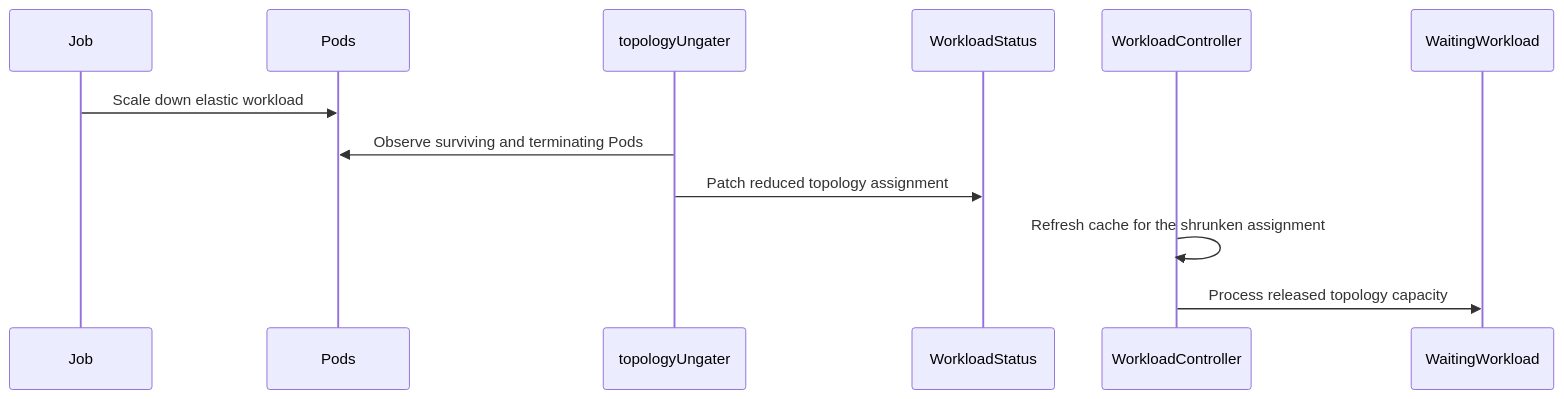
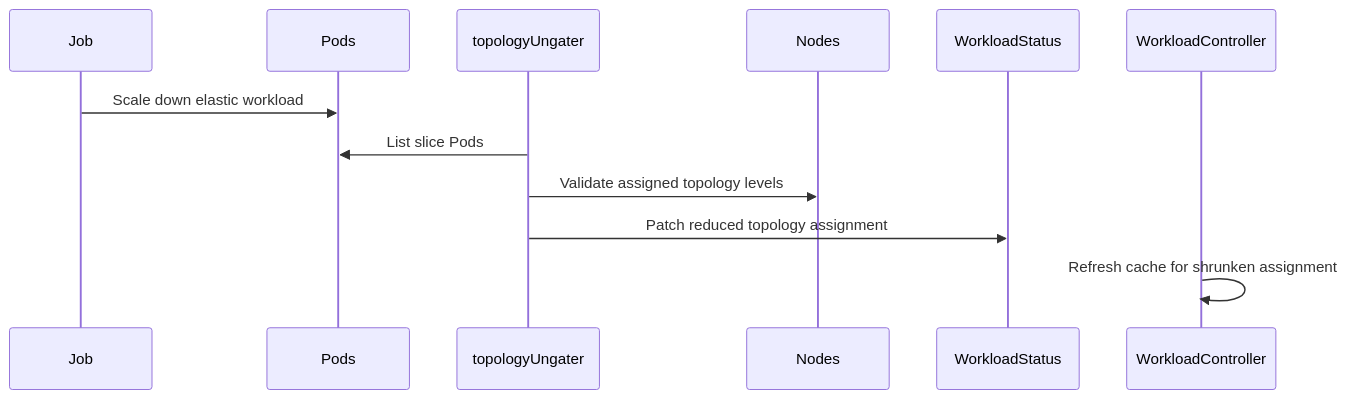
The diagram in raw/github/kubernetes-sigs__kueue/pr-17374.md (reruno/kueue-llm-wiki), drawn with Mermaid before and after one commit. The commit also changed other lines of this file and 1586 other files, not shown here.

````diff
--- a/raw/github/kubernetes-sigs__kueue/pr-17374.md
+++ b/raw/github/kubernetes-sigs__kueue/pr-17374.md
@@ -230,14 +206,14 @@
 ```mermaid
 sequenceDiagram
   participant Job
   participant Pods
   participant topologyUngater
+  participant Nodes
   participant WorkloadStatus
   participant WorkloadController
-  participant WaitingWorkload
   Job->>Pods: Scale down elastic workload
-  topologyUngater->>Pods: Observe surviving and terminating Pods
+  topologyUngater->>Pods: List slice Pods
+  topologyUngater->>Nodes: Validate assigned topology levels
   topologyUngater->>WorkloadStatus: Patch reduced topology assignment
-  WorkloadController->>WorkloadController: Refresh cache for the shrunken assignment
-  WorkloadController->>WaitingWorkload: Process released topology capacity
+  WorkloadController->>WorkloadController: Refresh cache for shrunken assignment
 ```
````
